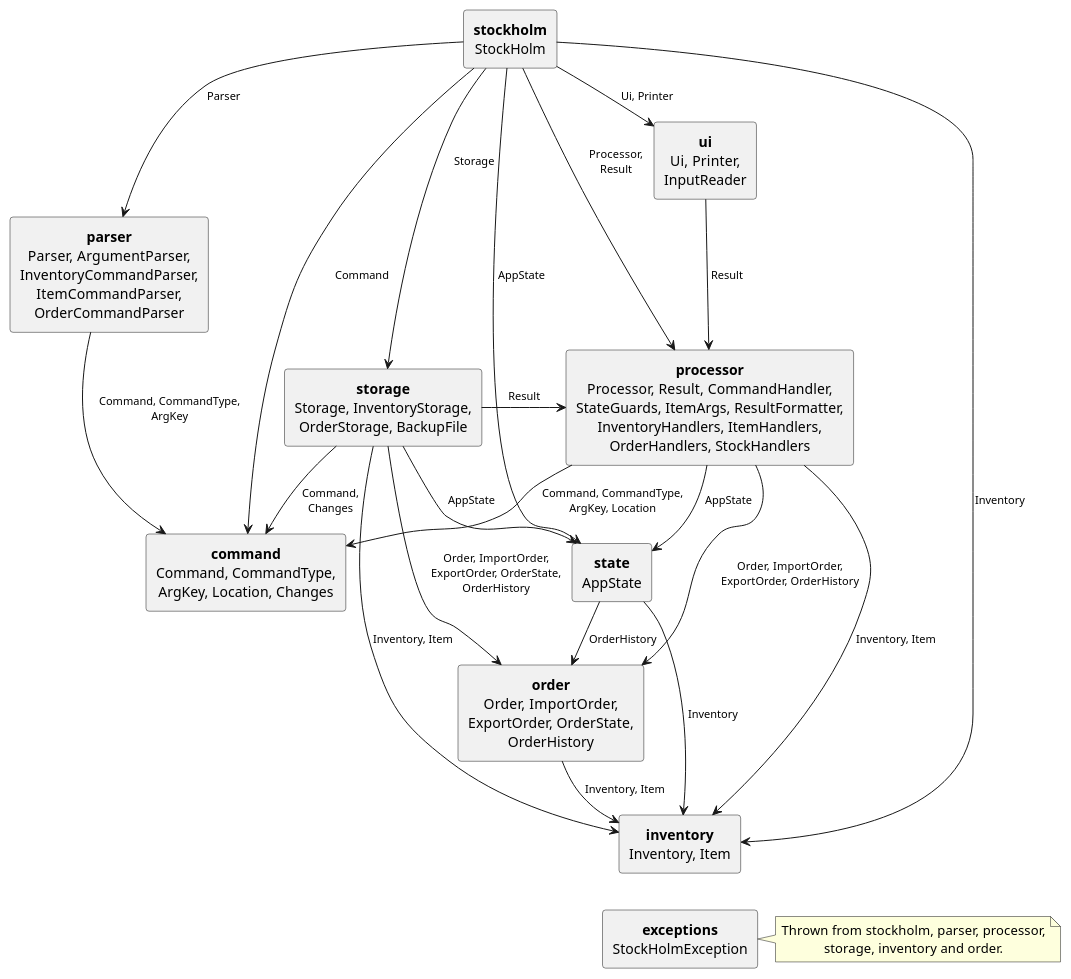
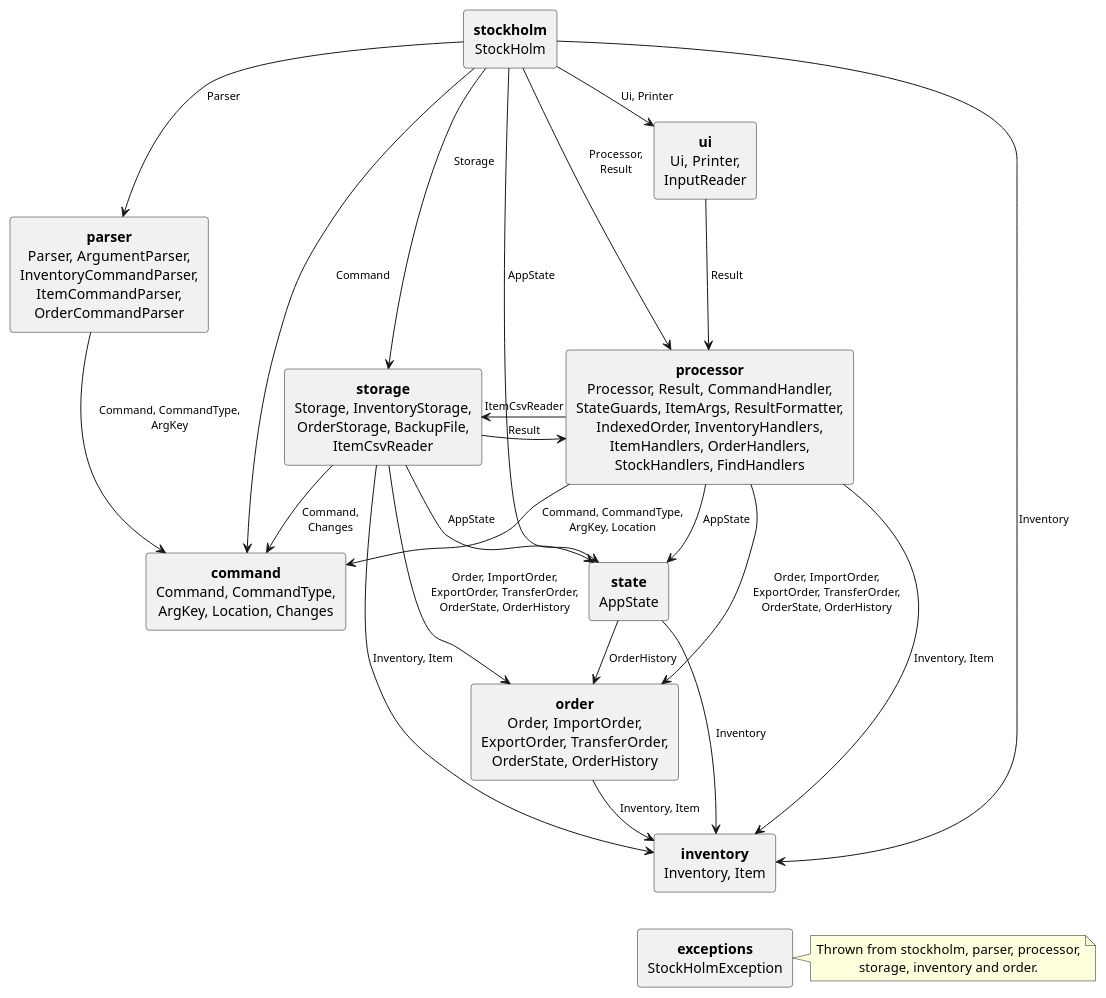
Before and after one commit to AY2627S1-CS2113-W14-4/tp: the diagram in docs/diagrams/CouplingDiagram.puml, drawn with PlantUML. The commit also changed 10 other files, not shown here.

First line of the commit message:
Bring Developer Guide and diagrams in line with current code

```diff
--- a/docs/diagrams/CouplingDiagram.puml
+++ b/docs/diagrams/CouplingDiagram.puml
@@ -1,52 +1,53 @@
 @startuml
 !pragma layout smetana
 top to bottom direction
 skinparam defaultTextAlignment center
 skinparam ArrowFontSize 11
 skinparam rectangle {
     RoundCorner 6
 }
 
 ' One box per package, listing its classes. Each arrow means "some class in the source package uses
 ' these classes of the target package". Arrows into stockholm.exceptions are left out; see the note.
 
 rectangle "**stockholm**\nStockHolm" as main
 rectangle "**ui**\nUi, Printer,\nInputReader" as ui
 rectangle "**parser**\nParser, ArgumentParser,\nInventoryCommandParser,\nItemCommandParser,\nOrderCommandParser" as parser
-rectangle "**storage**\nStorage, InventoryStorage,\nOrderStorage, BackupFile" as storage
-rectangle "**processor**\nProcessor, Result, CommandHandler,\nStateGuards, ItemArgs, ResultFormatter,\nInventoryHandlers, ItemHandlers,\nOrderHandlers, StockHandlers" as processor
+rectangle "**storage**\nStorage, InventoryStorage,\nOrderStorage, BackupFile,\nItemCsvReader" as storage
+rectangle "**processor**\nProcessor, Result, CommandHandler,\nStateGuards, ItemArgs, ResultFormatter,\nIndexedOrder, InventoryHandlers,\nItemHandlers, OrderHandlers,\nStockHandlers, FindHandlers" as processor
 rectangle "**command**\nCommand, CommandType,\nArgKey, Location, Changes" as command
 rectangle "**state**\nAppState" as state
-rectangle "**order**\nOrder, ImportOrder,\nExportOrder, OrderState,\nOrderHistory" as order
+rectangle "**order**\nOrder, ImportOrder,\nExportOrder, TransferOrder,\nOrderState, OrderHistory" as order
 rectangle "**inventory**\nInventory, Item" as inventory
 rectangle "**exceptions**\nStockHolmException" as exceptions
 
 main -down-> ui : Ui, Printer
 main -down-> parser : Parser
 main -down-> storage : Storage
 main -down-> processor : Processor,\nResult
 main -down-> state : AppState
 main -down-> command : Command
 main -down-> inventory : Inventory
 
 ui -down-> processor : Result
 parser -down-> command : Command, CommandType,\nArgKey
 storage -right-> processor : Result
+processor -left-> storage : ItemCsvReader
 storage -down-> command : Command,\nChanges
 storage -down-> state : AppState
-storage -down-> order : Order, ImportOrder,\nExportOrder, OrderState,\nOrderHistory
+storage -down-> order : Order, ImportOrder,\nExportOrder, TransferOrder,\nOrderState, OrderHistory
 storage -down-> inventory : Inventory, Item
 processor -down-> command : Command, CommandType,\nArgKey, Location
 processor -down-> state : AppState
-processor -down-> order : Order, ImportOrder,\nExportOrder, OrderHistory
+processor -down-> order : Order, ImportOrder,\nExportOrder, TransferOrder,\nOrderState, OrderHistory
 processor -down-> inventory : Inventory, Item
 state -down-> inventory : Inventory
 state -down-> order : OrderHistory
 order -down-> inventory : Inventory, Item
 
 note right of exceptions
     Thrown from stockholm, parser, processor,
     storage, inventory and order.
 end note
 inventory -[hidden]down-> exceptions
 @enduml
```
